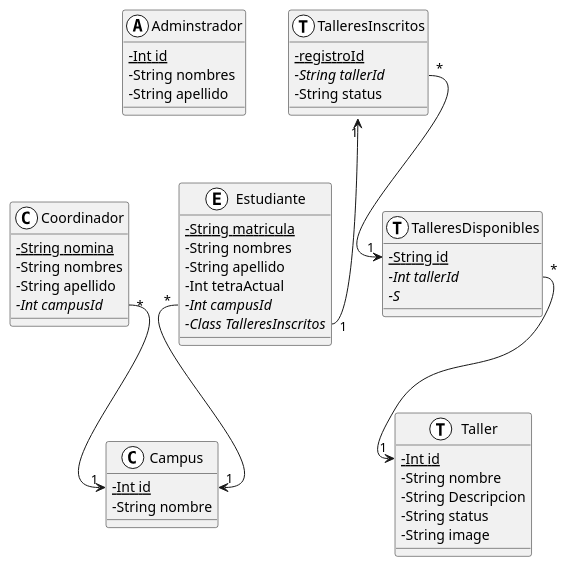
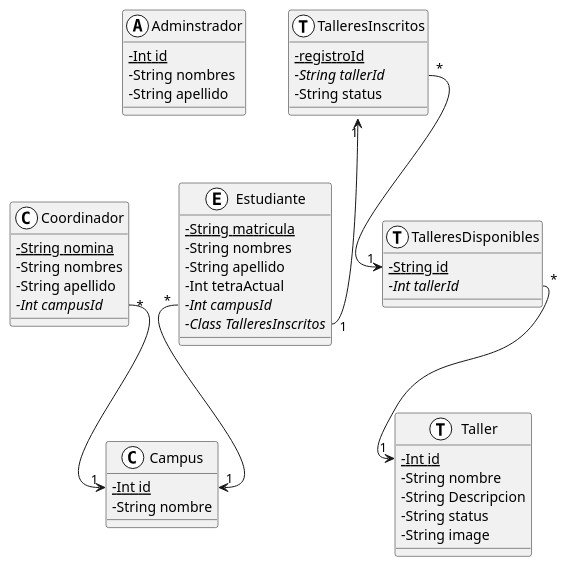
Before and after one commit to facund015/codeRelatedObsidianNotes: the diagram in Reto/Base de datos.md, drawn with PlantUML.

Commit message:
vault backup: 2021-10-12 12:48:25

````diff
--- a/Reto/Base de datos.md
+++ b/Reto/Base de datos.md
@@ -2,62 +2,61 @@
 ```plantuml
 @startuml
 skinparam classAttributeIconSize 0
 
 class Adminstrador <<(A,white)>> {
 	{static} -Int id
 	-String nombres
 	-String apellido
 }
 
 class Estudiante <<(E,white)>> {
 	{static} - String matricula
 	-String nombres
 	-String apellido
 	-Int tetraActual
 	{abstract} -Int campusId
 	{abstract} -Class TalleresInscritos
 }
 
 class Campus <<(C,white)>> {
 	{static} -Int id
 	-String nombre
 }
 
 class TalleresInscritos <<(T,white)>> {
 	{static} -registroId 
 	{abstract} -String tallerId
 	-String status
 }
 
 class Coordinador <<(C,white)>> {
 	{static} -String nomina
 	-String nombres
 	-String apellido
 	{abstract} -Int campusId
 }
 
 class Taller <<(T,white)>> {
     {static} -Int id 
     - String nombre
 	- String Descripcion
     - String status
     - String image
 }
 
 class TalleresDisponibles <<(T, white)>> {
 	{static} -String id
 	{abstract} -Int tallerId
-	{abstract} -S
 }
 
 
 
 
 TalleresInscritos "1" <-- "1" Estudiante::TalleresInscritos
 TalleresInscritos::tallerId "*" --> "1" TalleresDisponibles::id
 TalleresDisponibles::tallerId "*" --> "1" Taller::id
 Estudiante::campusId "*" --> "1" Campus::id
 Coordinador::campusId "*" --> "1" Campus::id 
 
 @enduml
 ```
````
